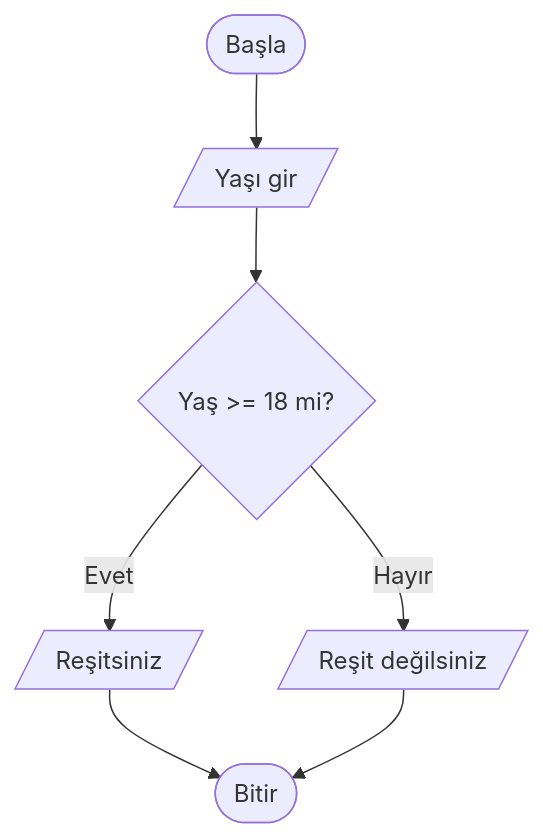
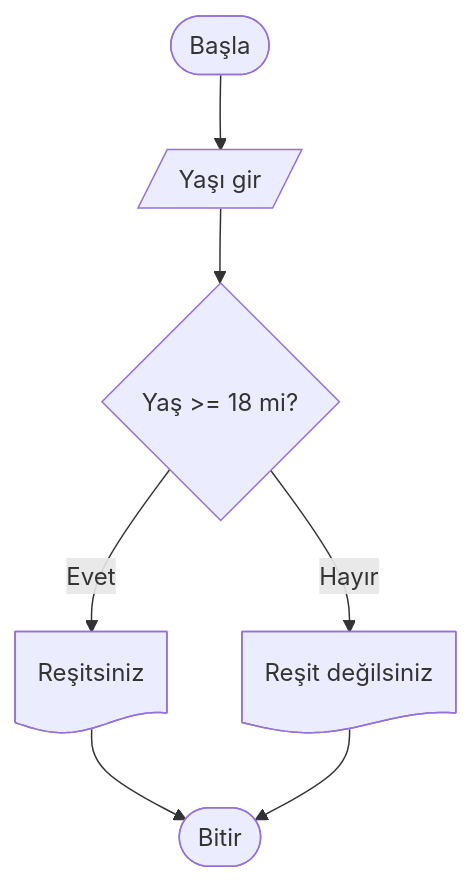
One commit to ibrahimayaz/Algoritma-ve-Programlamaya-Giris changed the seventh of 10 diagrams in Hafta_04_Akis_Diyagramlari_1.md. Above: the diagram before and after it, drawn with Mermaid. The commit also changed other lines of this file, not shown here.

````diff
--- a/Hafta_04_Akis_Diyagramlari_1.md
+++ b/Hafta_04_Akis_Diyagramlari_1.md
@@ -173,9 +174,9 @@
 ```mermaid
 graph TD
     A([Başla]) --> B[/Yaşı gir/]
     B --> C{Yaş >= 18 mi?}
-    C -- Evet --> D[/Reşitsiniz/]
-    C -- Hayır --> E[/Reşit değilsiniz/]
+    C -- Evet --> D@{ shape: doc, label: "Reşitsiniz" }
+    C -- Hayır --> E@{ shape: doc, label: "Reşit değilsiniz" }
     D --> F([Bitir])
     E --> F
 ```
````
